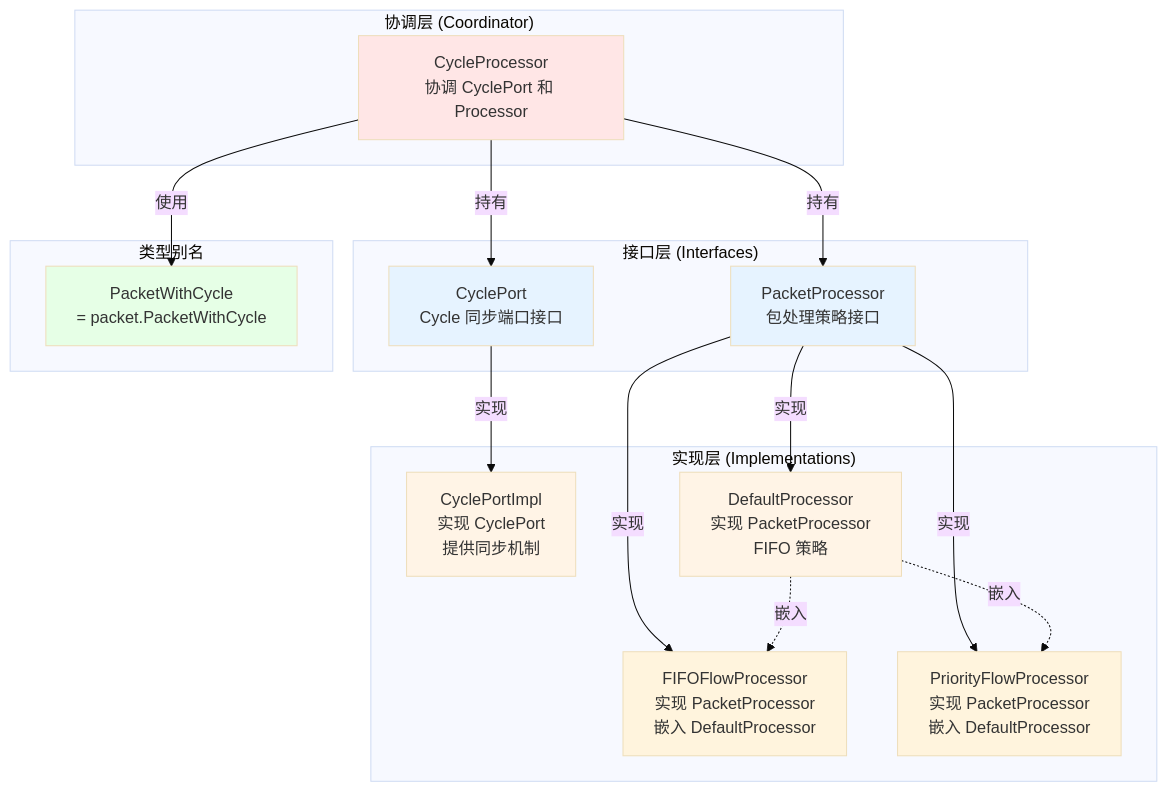
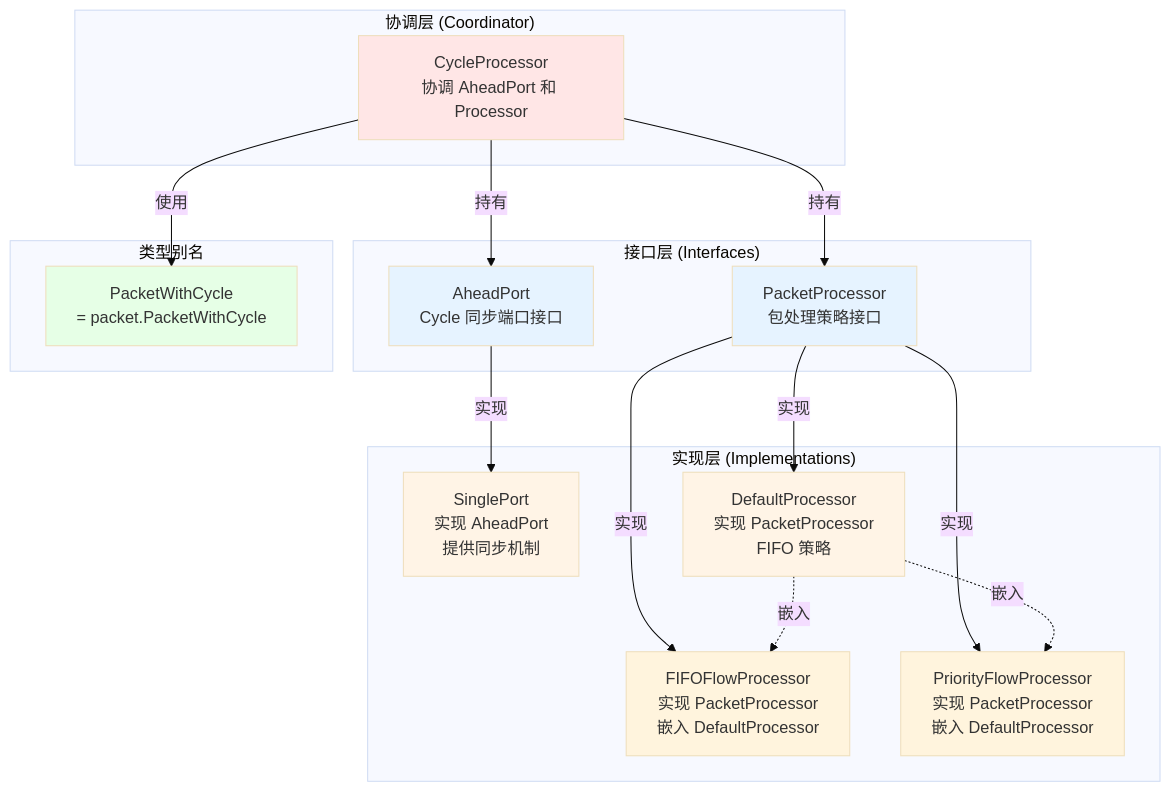
Before and after one commit to Readm/flow_control_sim: the diagram in doc/core/architecture_relationship.md, drawn with Mermaid (base theme). The commit also changed other lines of this file and 21 other files, not shown here.

Commit message:
renaming -> ahead port

````diff
--- a/doc/core/architecture_relationship.md
+++ b/doc/core/architecture_relationship.md
@@ -5,45 +5,45 @@
 ```mermaid
 ---
 config:
   layout: dagre
 ---
 flowchart TB
     subgraph Interfaces["接口层 (Interfaces)"]
-        CyclePort["CyclePort<br/>Cycle 同步端口接口"]
+        AheadPort["AheadPort<br/>Cycle 同步端口接口"]
         PacketProcessor["PacketProcessor<br/>包处理策略接口"]
     end
     
     subgraph Implementations["实现层 (Implementations)"]
-        CyclePortImpl["CyclePortImpl<br/>实现 CyclePort<br/>提供同步机制"]
+        SinglePort["SinglePort<br/>实现 AheadPort<br/>提供同步机制"]
         DefaultProcessor["DefaultProcessor<br/>实现 PacketProcessor<br/>FIFO 策略"]
         FIFOFlowProcessor["FIFOFlowProcessor<br/>实现 PacketProcessor<br/>嵌入 DefaultProcessor"]
         PriorityFlowProcessor["PriorityFlowProcessor<br/>实现 PacketProcessor<br/>嵌入 DefaultProcessor"]
     end
     
     subgraph Coordinator["协调层 (Coordinator)"]
-        CycleProcessor["CycleProcessor<br/>协调 CyclePort 和 Processor"]
+        CycleProcessor["CycleProcessor<br/>协调 AheadPort 和 Processor"]
     end
     
     subgraph Types["类型别名"]
         PacketWithCycle["PacketWithCycle<br/>= packet.PacketWithCycle"]
     end
     
-    CyclePort -->|实现| CyclePortImpl
+    AheadPort -->|实现| SinglePort
     PacketProcessor -->|实现| DefaultProcessor
     PacketProcessor -->|实现| FIFOFlowProcessor
     PacketProcessor -->|实现| PriorityFlowProcessor
     
     DefaultProcessor -.->|嵌入| FIFOFlowProcessor
     DefaultProcessor -.->|嵌入| PriorityFlowProcessor
     
-    CycleProcessor -->|持有| CyclePort
+    CycleProcessor -->|持有| AheadPort
     CycleProcessor -->|持有| PacketProcessor
     CycleProcessor -->|使用| PacketWithCycle
     
-    style CyclePort fill:#E6F3FF
+    style AheadPort fill:#E6F3FF
     style PacketProcessor fill:#E6F3FF
-    style CyclePortImpl fill:#FFF4E6
+    style SinglePort fill:#FFF4E6
     style DefaultProcessor fill:#FFF4E6
     style CycleProcessor fill:#FFE6E6
     style PacketWithCycle fill:#E6FFE6
 ```
````
